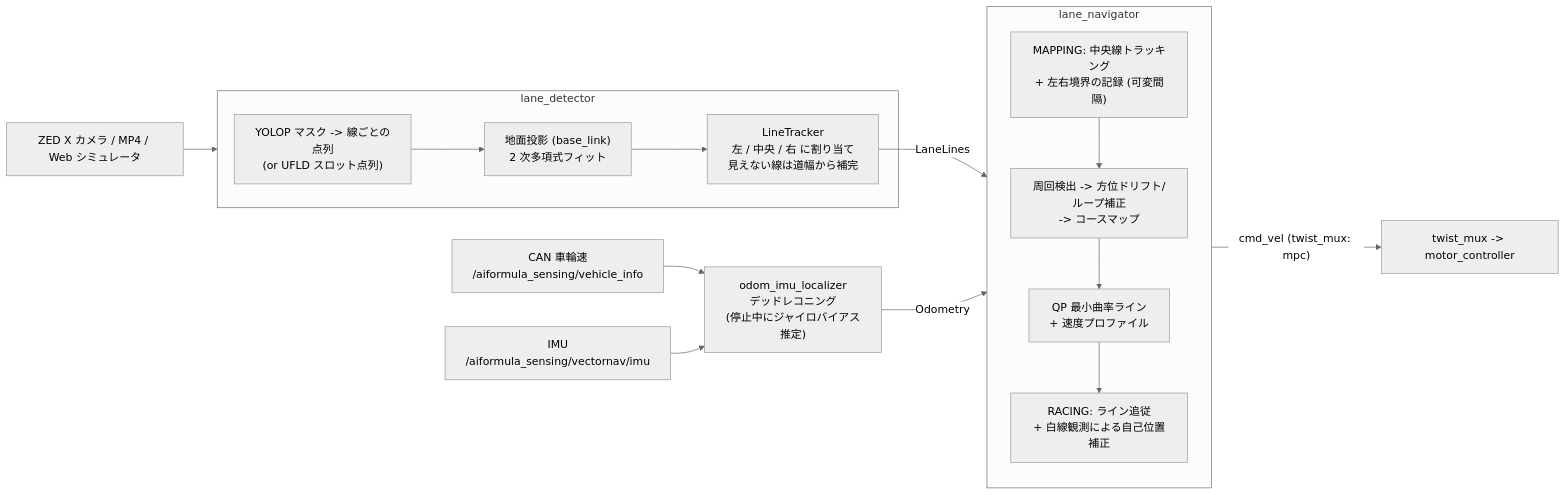
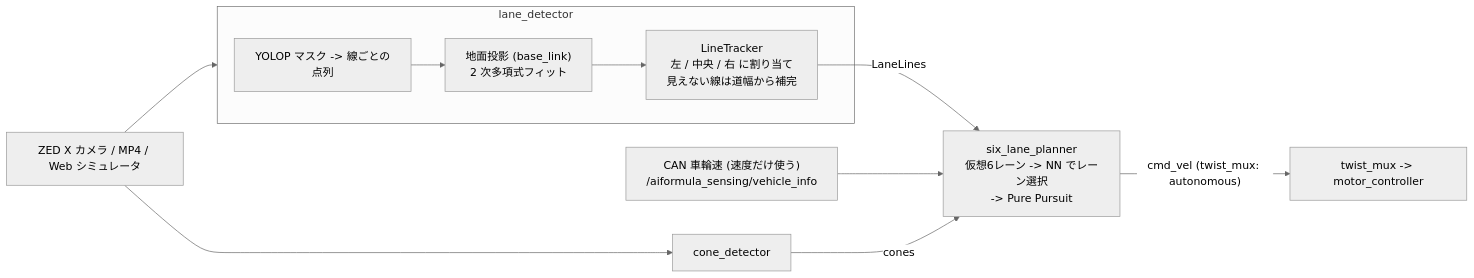
One commit to miyanswer/aiformula_machine changed the diagram in src/oit_navigation/README.md. Above: the diagram before and after it, drawn with Mermaid (neutral theme). The commit also changed other lines of this file and 111 other files, not shown here.

````diff
--- a/src/oit_navigation/README.md
+++ b/src/oit_navigation/README.md
@@ -25,18 +22,14 @@
 ```mermaid
 flowchart LR
     CAM["ZED X カメラ / MP4 / Web シミュレータ"] --> DET
-    CAN["CAN 車輪速<br>/aiformula_sensing/vehicle_info"] --> LOC
-    IMU["IMU<br>/aiformula_sensing/vectornav/imu"] --> LOC
+    CAM --> CONE
+    CAN["CAN 車輪速 (速度だけ使う)<br>/aiformula_sensing/vehicle_info"]
 
     subgraph DET ["lane_detector"]
-        B["YOLOP マスク -> 線ごとの点列<br>(or UFLD スロット点列)"] --> P["地面投影 (base_link)<br>2 次多項式フィット"] --> T["LineTracker<br>左 / 中央 / 右 に割り当て<br>見えない線は道幅から補完"]
+        B["YOLOP マスク -> 線ごとの点列"] --> P["地面投影 (base_link)<br>2 次多項式フィット"] --> T["LineTracker<br>左 / 中央 / 右 に割り当て<br>見えない線は道幅から補完"]
     end
-    LOC["odom_imu_localizer<br>デッドレコニング<br>(停止中にジャイロバイアス推定)"]
-
-    subgraph NAV ["lane_navigator"]
-        M["MAPPING: 中央線トラッキング<br>+ 左右境界の記録 (可変間隔)"] --> C["周回検出 -> 方位ドリフト/ループ補正<br>-> コースマップ"] --> Q["QP 最小曲率ライン<br>+ 速度プロファイル"] --> R["RACING: ライン追従<br>+ 白線観測による自己位置補正"]
-    end
-    T -->|LaneLines| NAV
-    LOC -->|Odometry| NAV
-    NAV -->|"cmd_vel (twist_mux: mpc)"| MUX["twist_mux -> motor_controller"]
+    T -->|LaneLines| NAV["six_lane_planner<br>仮想6レーン -> NN でレーン選択<br>-> Pure Pursuit"]
+    CAN --> NAV
+    CONE["cone_detector"] -->|cones| NAV
+    NAV -->|"cmd_vel (twist_mux: autonomous)"| MUX["twist_mux -> motor_controller"]
 ```
````
